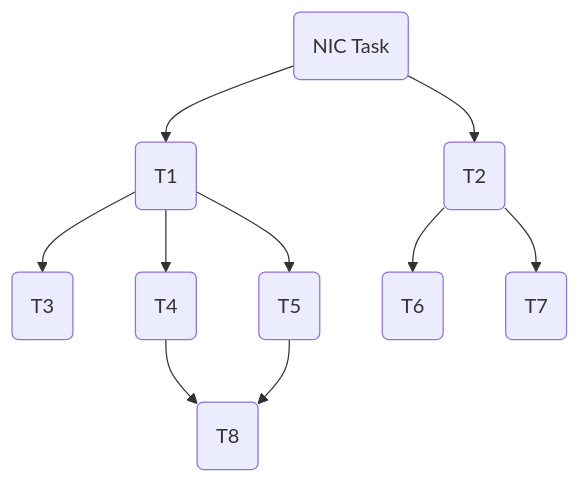
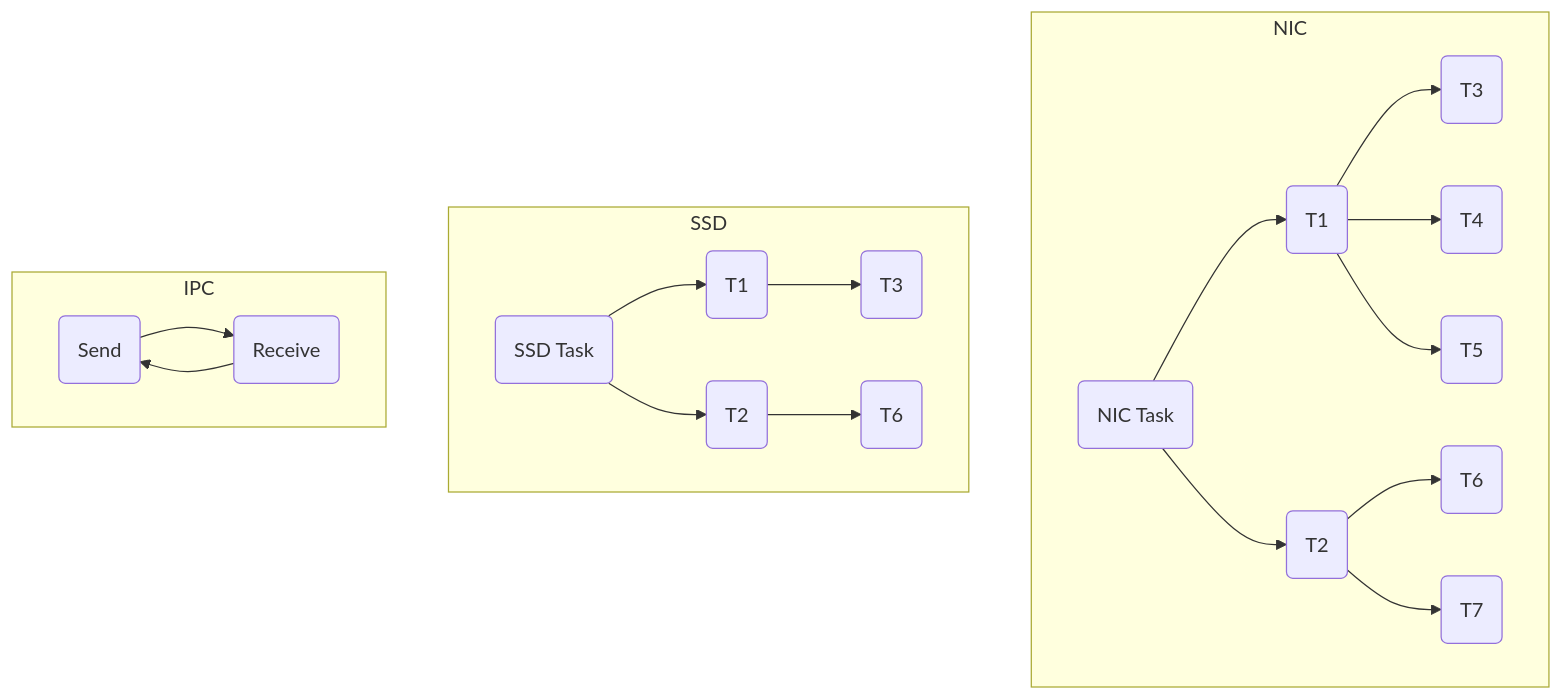
The diagram in design-v6.md (oscourse-tsinghua/openingreport-zfliang2023), drawn with Mermaid before and after one commit. The commit also changed other lines of this file and 15 other files, not shown here.

````diff
--- a/design-v6.md
+++ b/design-v6.md
@@ -110,9 +75,18 @@
 ```mermaid
-graph
-    A(NIC Task) --> B(T1) --> E(T3)
-    A --> C(T2) --> F(T6)
-    B --> G(T4)
-    B --> I(T5) --> J(T8)
-    C --> H(T7)
-    G --> J
+flowchart TB
+    subgraph  NIC
+        A(NIC Task) --> B(T1) --> E(T3)
+        A --> C(T2) --> F(T6)
+        B --> G(T4)
+        B --> I(T5)
+        C --> H(T7)
+    end
+    subgraph  SSD
+        K(SSD Task) --> L(T1) --> M(T3)
+        K --> N(T2) --> O(T6)
+    end
+    subgraph  IPC
+        P(Send) --> Q(Receive) --> P
+    end
+    
 ```
````
